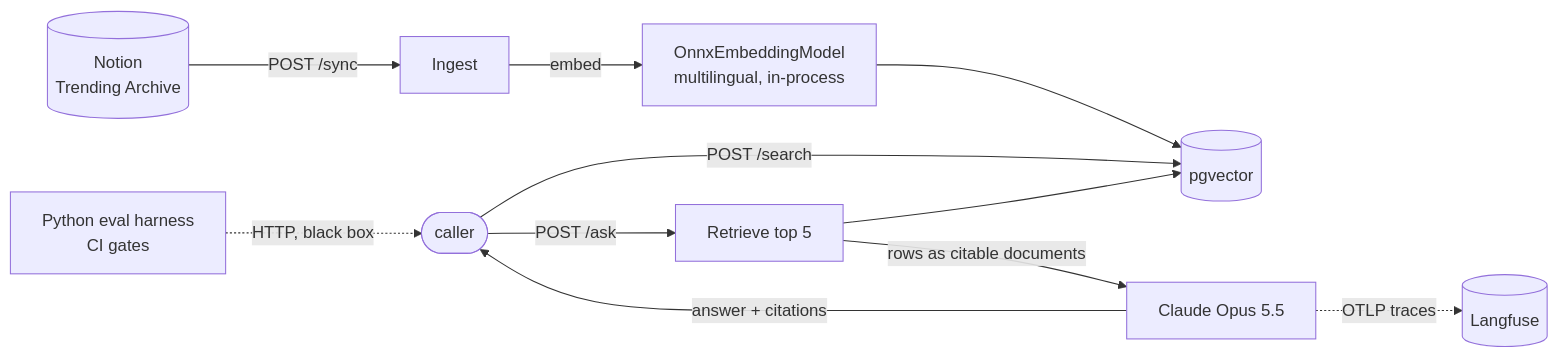
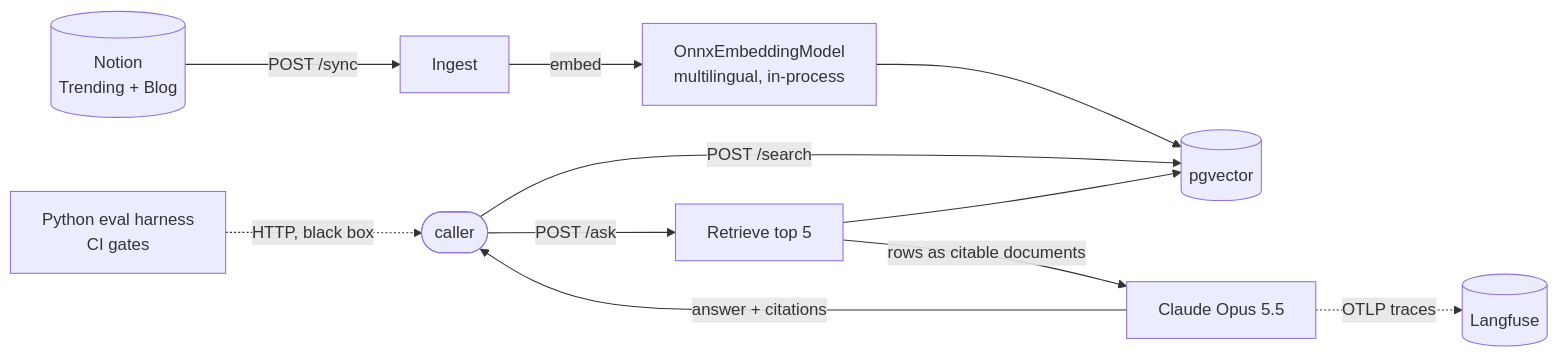
One commit to zexion7873/radar-rag changed the diagram in README.md. Above: the diagram before and after it, drawn with Mermaid. The commit also changed other lines of this file and 36 other files, not shown here.

First line of the commit message:
feat: ingest the Blog archive alongside trending, one source at a time

````diff
--- a/README.md
+++ b/README.md
@@ -25,13 +25,13 @@
 ```mermaid
 flowchart LR
-  notion[(Notion<br/>Trending Archive)] -->|POST /sync| ingest[Ingest]
+  notion[(Notion<br/>Trending + Blog)] -->|POST /sync| ingest[Ingest]
   ingest -->|embed| onnx[OnnxEmbeddingModel<br/>multilingual, in-process]
   onnx --> pg[(pgvector)]
   user([caller]) -->|POST /search| pg
   user -->|POST /ask| retrieve[Retrieve top 5]
   retrieve --> pg
   retrieve -->|rows as citable documents| claude[Claude Opus 5.5]
   claude -->|answer + citations| user
   evals[Python eval harness<br/>CI gates] -.->|HTTP, black box| user
   claude -.->|OTLP traces| langfuse[(Langfuse)]
 ```
````
